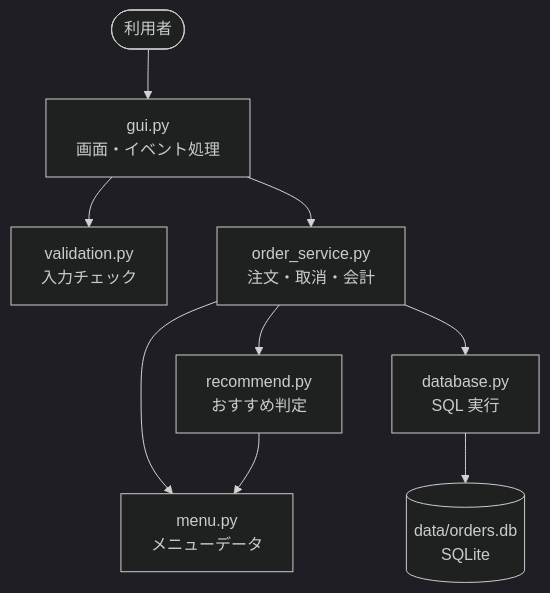
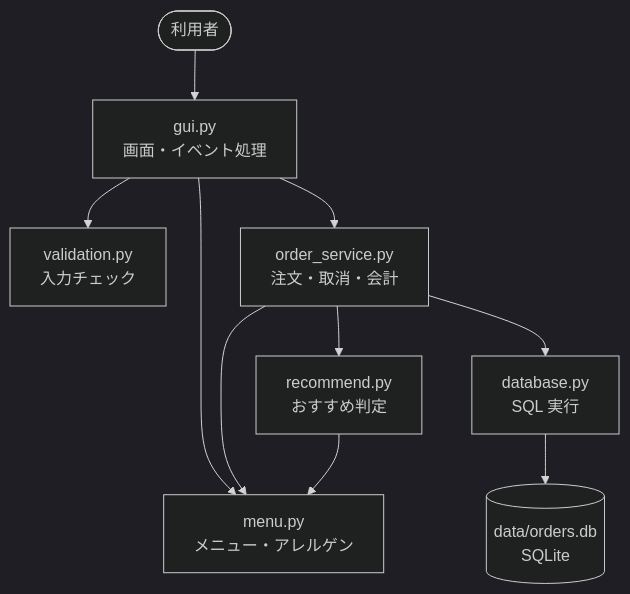
One commit to daiichi001/innsyokuorder changed the first of 4 diagrams in README.md. Above: the diagram before and after it, drawn with Mermaid (dark theme). The commit also changed other lines of this file and 9 other files, not shown here.

````diff
--- a/README.md
+++ b/README.md
@@ -78,11 +79,12 @@
 ```mermaid
 flowchart TD
     User([利用者]) --> GUI["gui.py<br/>画面・イベント処理"]
     GUI --> VAL["validation.py<br/>入力チェック"]
+    GUI --> MENU
     GUI --> SVC["order_service.py<br/>注文・取消・会計"]
     SVC --> REC["recommend.py<br/>おすすめ判定"]
-    SVC --> MENU["menu.py<br/>メニューデータ"]
+    SVC --> MENU["menu.py<br/>メニュー・アレルゲン"]
     REC --> MENU
     SVC --> DB["database.py<br/>SQL 実行"]
     DB --> FILE[("data/orders.db<br/>SQLite")]
 ```
````
